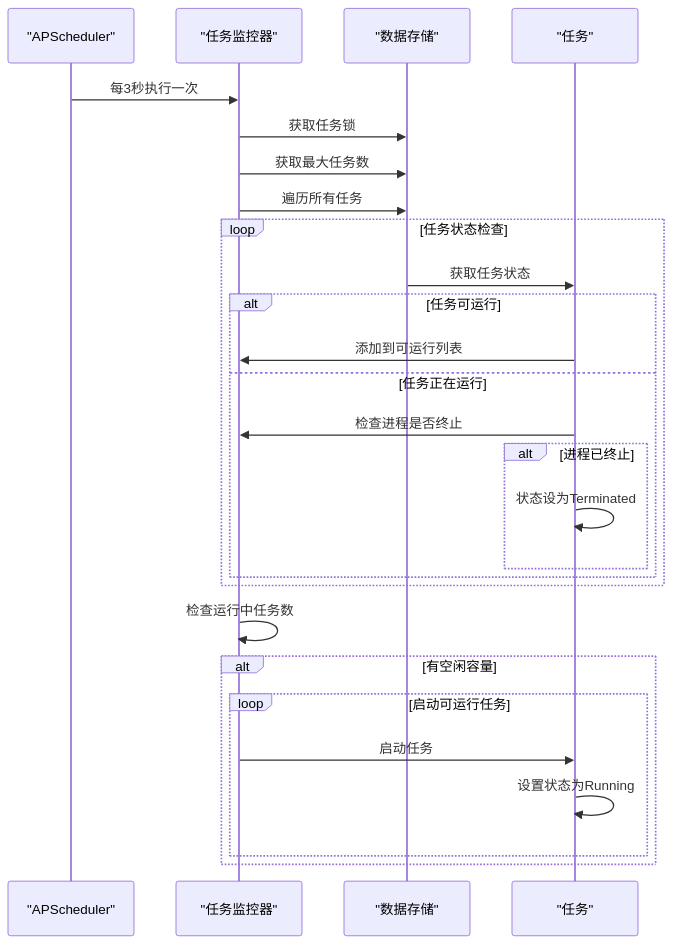
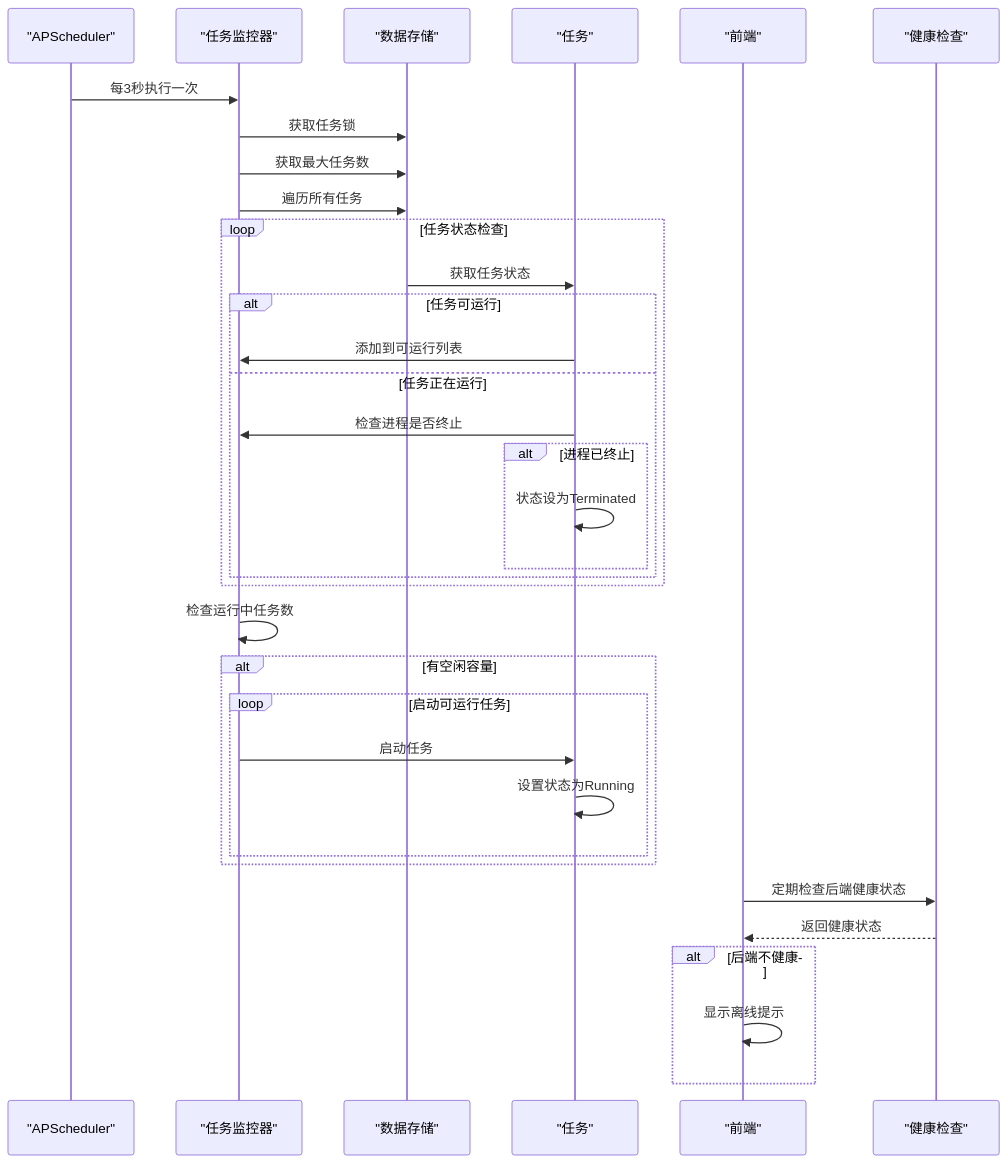
Before and after one commit to GitHubNull/sqlmapWebUI: the second of 9 diagrams in .qoder/repowiki/zh/content/监控与日志/系统监控.md, drawn with Mermaid. The commit also changed other lines of this file and 20 other files, not shown here.

````diff
--- a/.qoder/repowiki/zh/content/监控与日志/系统监控.md
+++ b/.qoder/repowiki/zh/content/监控与日志/系统监控.md
@@ -87,29 +127,36 @@
 ```mermaid
 sequenceDiagram
 participant Scheduler as "APScheduler"
 participant Monitor as "任务监控器"
 participant DataStore as "数据存储"
 participant Task as "任务"
+participant Frontend as "前端"
+participant HealthCheck as "健康检查"
 Scheduler->>Monitor : 每3秒执行一次
 Monitor->>DataStore : 获取任务锁
 Monitor->>DataStore : 获取最大任务数
 Monitor->>DataStore : 遍历所有任务
 loop 任务状态检查
 DataStore->>Task : 获取任务状态
 alt 任务可运行
 Task->>Monitor : 添加到可运行列表
 else 任务正在运行
 Task->>Monitor : 检查进程是否终止
 alt 进程已终止
 Task->>Task : 状态设为Terminated
 end
 end
 end
 Monitor->>Monitor : 检查运行中任务数
 alt 有空闲容量
 loop 启动可运行任务
 Monitor->>Task : 启动任务
 Task->>Task : 设置状态为Running
 end
 end
+Frontend->>HealthCheck : 定期检查后端健康状态
+HealthCheck-->>Frontend : 返回健康状态
+alt 后端不健康
+Frontend->>Frontend : 显示离线提示
+end
 ```
````
